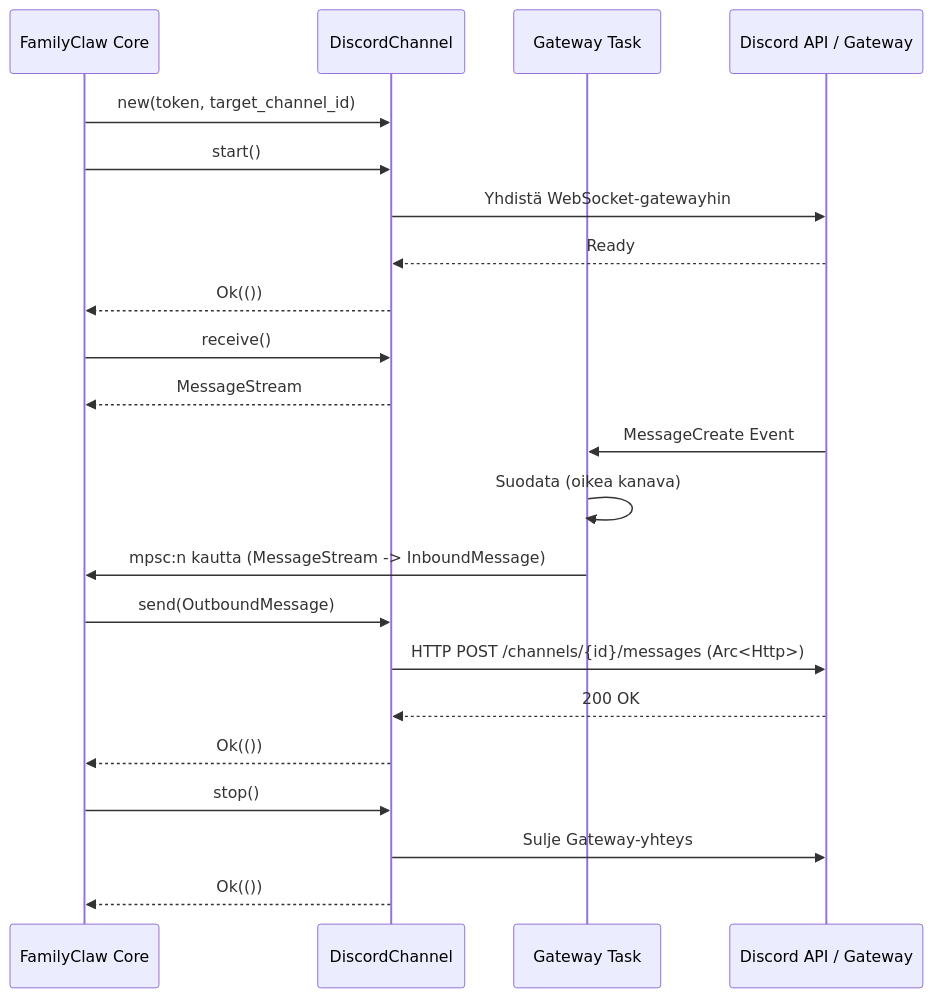
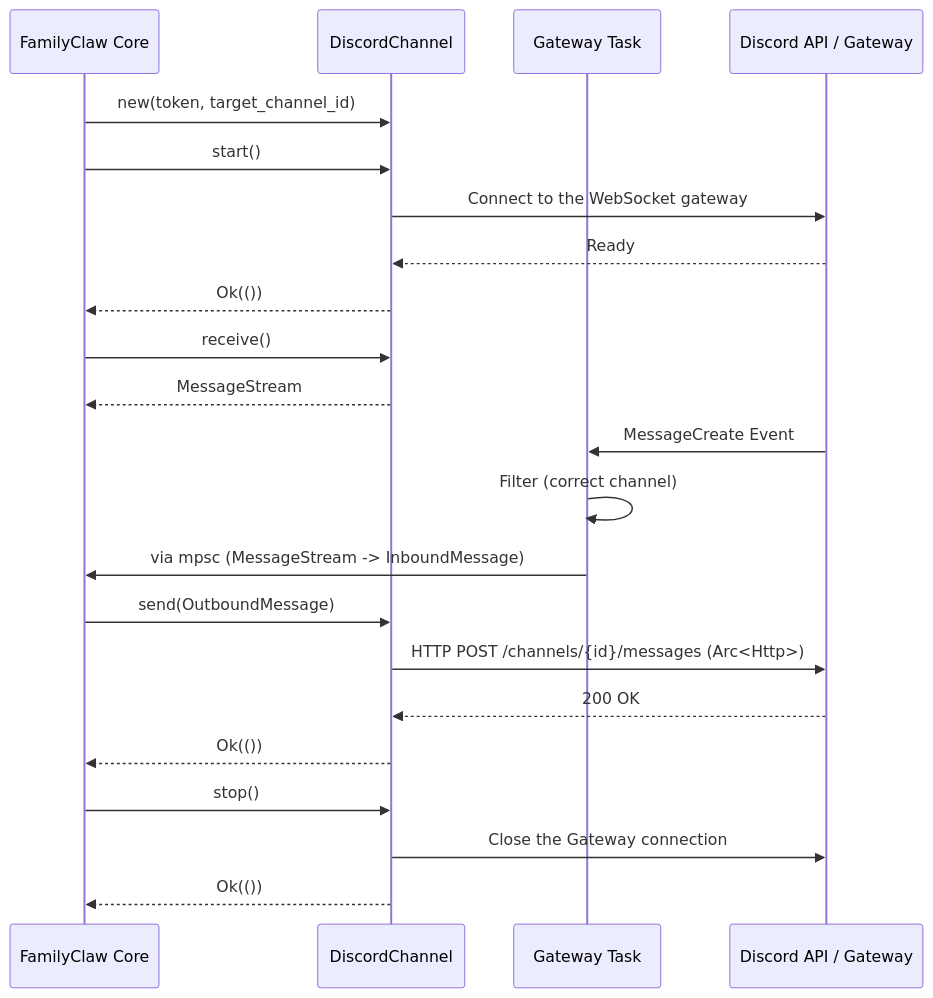
One commit to Sisuthros/familyclaw-oss changed the diagram in docs/architecture-channels.md. Above: the diagram before and after it, drawn with Mermaid. The commit also changed other lines of this file and 307 other files, not shown here.

````diff
--- a/docs/architecture-channels.md
+++ b/docs/architecture-channels.md
@@ -32,33 +32,33 @@
 ```mermaid
 sequenceDiagram
     participant FC as FamilyClaw Core
     participant CH as DiscordChannel
     participant GW as Gateway Task
     participant API as Discord API / Gateway
 
-    %% Yhdistäminen
+    %% Connecting
     FC->>CH: new(token, target_channel_id)
     FC->>CH: start()
-    CH->>API: Yhdistä WebSocket-gatewayhin
+    CH->>API: Connect to the WebSocket gateway
     API-->>CH: Ready
     CH-->>FC: Ok(())
 
     FC->>CH: receive()
     CH-->>FC: MessageStream
 
-    %% Vastaanotto
+    %% Receiving
     API->>GW: MessageCreate Event
-    GW->>GW: Suodata (oikea kanava)
-    GW->>FC: mpsc:n kautta (MessageStream -> InboundMessage)
+    GW->>GW: Filter (correct channel)
+    GW->>FC: via mpsc (MessageStream -> InboundMessage)
 
-    %% Lähetys
+    %% Sending
     FC->>CH: send(OutboundMessage)
     CH->>API: HTTP POST /channels/{id}/messages (Arc<Http>)
     API-->>CH: 200 OK
     CH-->>FC: Ok(())
 
-    %% Pysäytys
+    %% Stopping
     FC->>CH: stop()
-    CH->>API: Sulje Gateway-yhteys
+    CH->>API: Close the Gateway connection
     CH-->>FC: Ok(())
 ```
````
